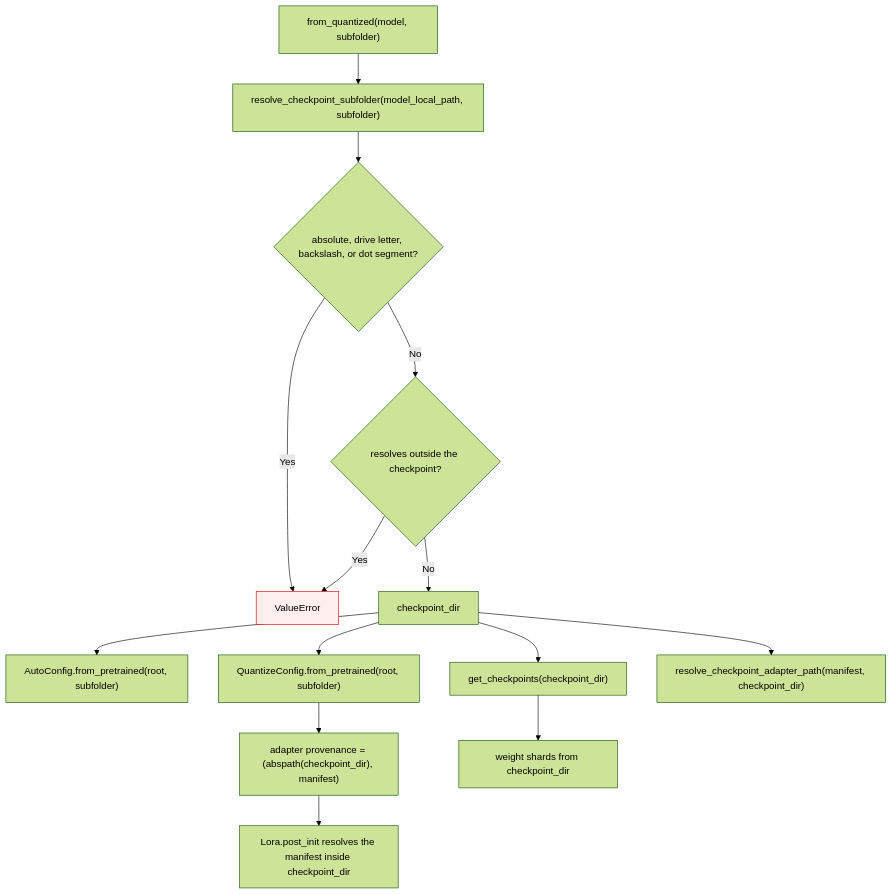
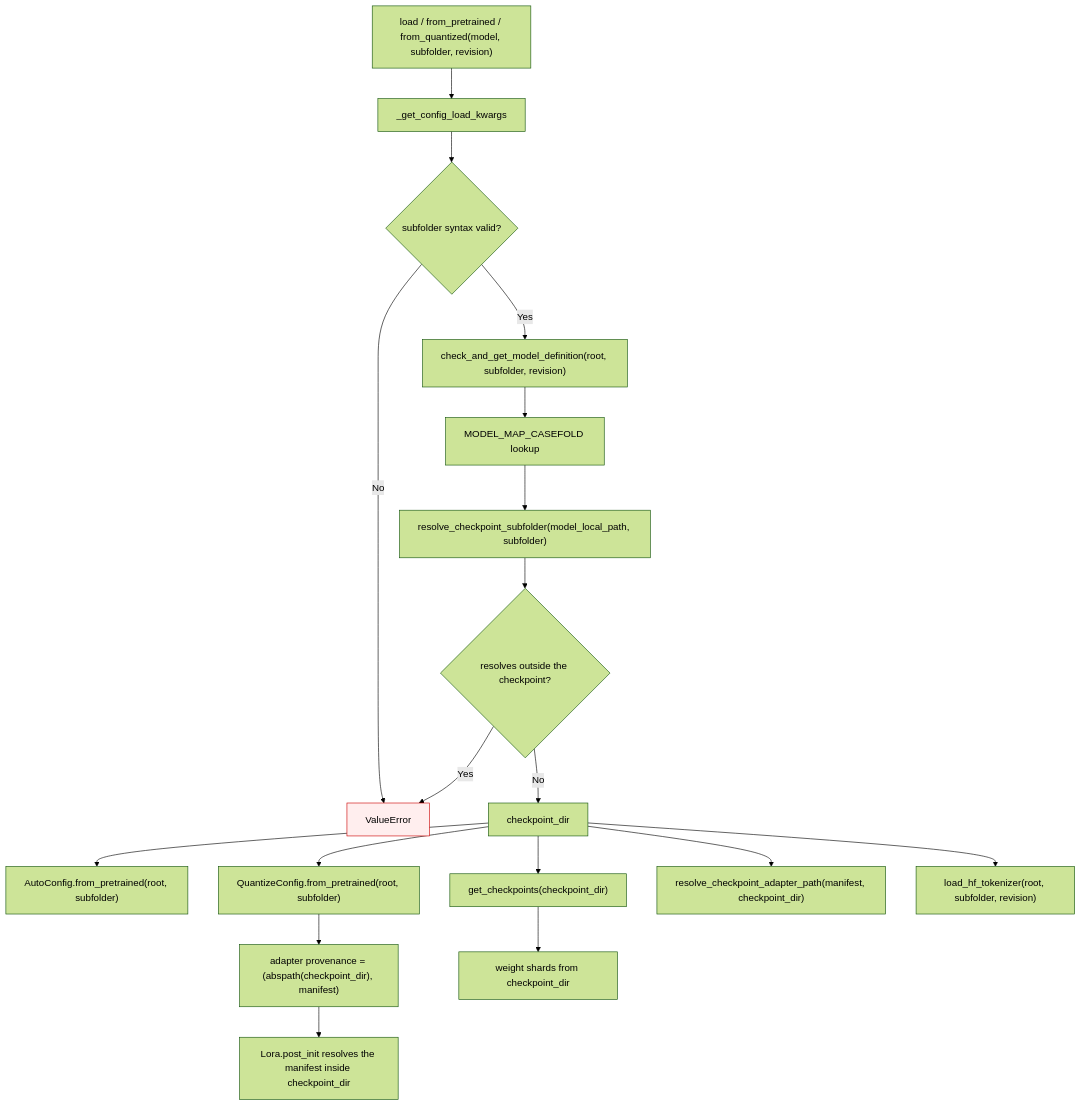
The first of 2 diagrams in docs/quantized-checkpoint-subfolder-resolution.md (ModelCloud/GPTQModel), drawn with Mermaid (forest theme) before and after one commit. The commit also changed other lines of this file and 5 other files, not shown here.

````diff
--- a/docs/quantized-checkpoint-subfolder-resolution.md
+++ b/docs/quantized-checkpoint-subfolder-resolution.md
@@ -16,17 +22,21 @@
 ```mermaid
 flowchart TD
-    A["from_quantized(model, subfolder)"] --> B["resolve_checkpoint_subfolder(model_local_path, subfolder)"]
-    B --> C{"absolute, drive letter, backslash, or dot segment?"}
-    C -- Yes --> R1["ValueError"]
-    C -- No --> D{"resolves outside the checkpoint?"}
+    A["load / from_pretrained / from_quantized(model, subfolder, revision)"] --> S["_get_config_load_kwargs"]
+    S --> S1{"subfolder syntax valid?"}
+    S1 -- No --> R1["ValueError"]
+    S1 -- Yes --> S2["check_and_get_model_definition(root, subfolder, revision)"]
+    S2 --> S3["MODEL_MAP_CASEFOLD lookup"]
+    S3 --> B["resolve_checkpoint_subfolder(model_local_path, subfolder)"]
+    B --> D{"resolves outside the checkpoint?"}
     D -- Yes --> R1
     D -- No --> E["checkpoint_dir"]
     E --> F["AutoConfig.from_pretrained(root, subfolder)"]
     E --> G["get_checkpoints(checkpoint_dir)"]
     E --> H["QuantizeConfig.from_pretrained(root, subfolder)"]
     E --> I["resolve_checkpoint_adapter_path(manifest, checkpoint_dir)"]
+    E --> T["load_hf_tokenizer(root, subfolder, revision)"]
     H --> J["adapter provenance = (abspath(checkpoint_dir), manifest)"]
     J --> K["Lora.post_init resolves the manifest inside checkpoint_dir"]
     G --> L["weight shards from checkpoint_dir"]
     style R1 fill:#fee,stroke:#c00
 ```
````
